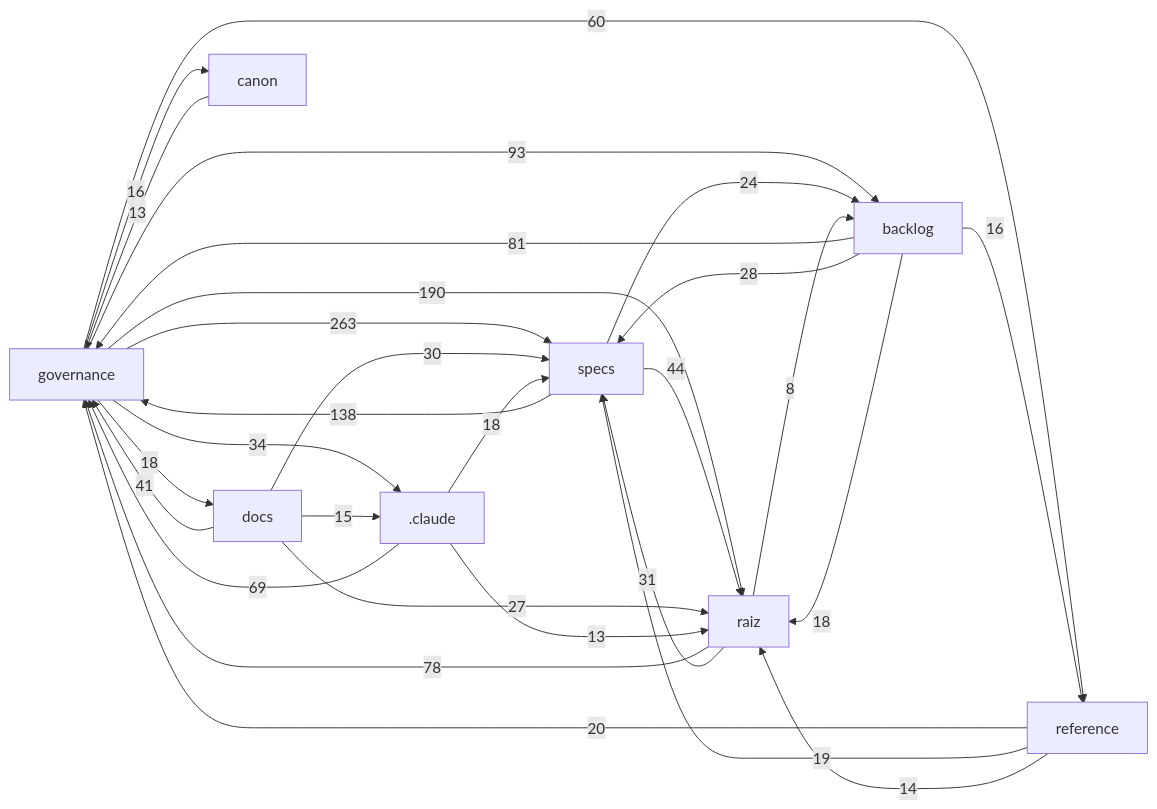
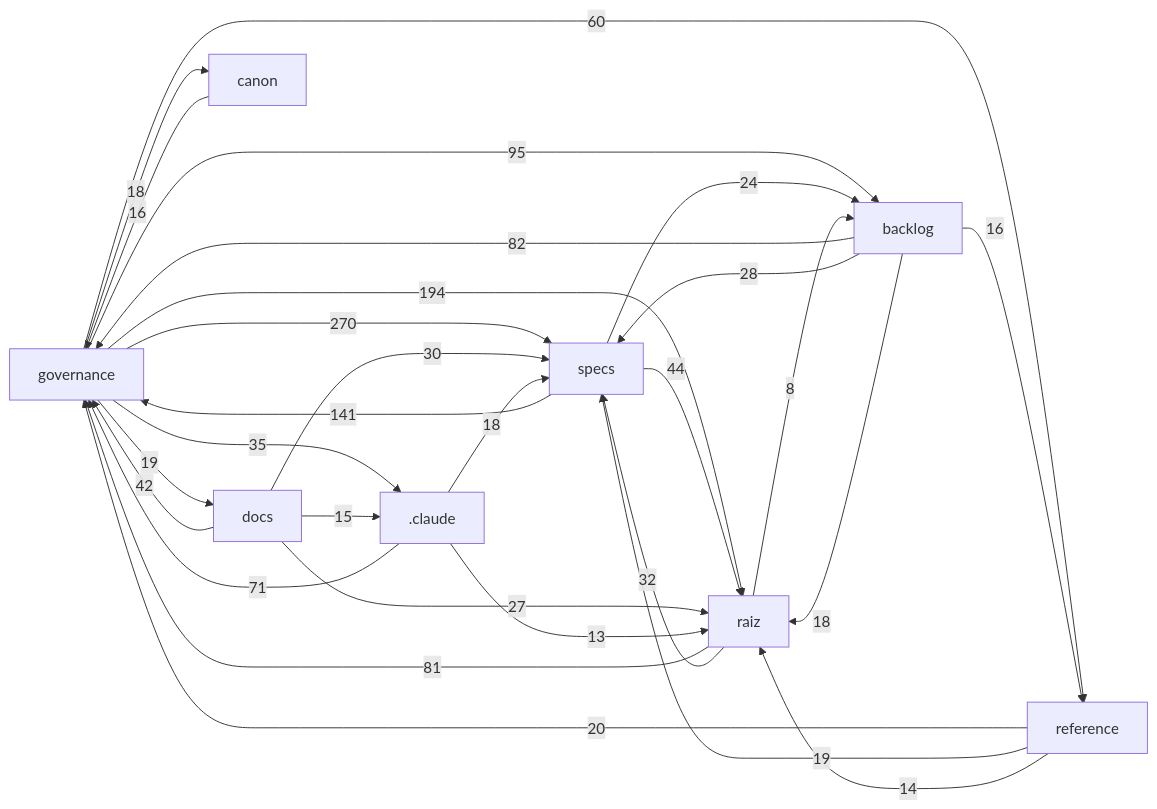
Before and after one commit to Andraus35/Sistema-Operacional-de-Trading--SOT: the diagram in docs/mapa/MAPA-PROJETO.md, drawn with Mermaid. The commit also changed other lines of this file and 15 other files, not shown here.

````diff
--- a/docs/mapa/MAPA-PROJETO.md
+++ b/docs/mapa/MAPA-PROJETO.md
@@ -30,31 +30,31 @@
 ```mermaid
 flowchart LR
-  governance["governance"] -->|263| specs["specs"]
-  governance["governance"] -->|190| raiz["raiz"]
-  specs["specs"] -->|138| governance["governance"]
-  governance["governance"] -->|93| backlog["backlog"]
-  backlog["backlog"] -->|81| governance["governance"]
-  raiz["raiz"] -->|78| governance["governance"]
-  _claude[".claude"] -->|69| governance["governance"]
+  governance["governance"] -->|270| specs["specs"]
+  governance["governance"] -->|194| raiz["raiz"]
+  specs["specs"] -->|141| governance["governance"]
+  governance["governance"] -->|95| backlog["backlog"]
+  backlog["backlog"] -->|82| governance["governance"]
+  raiz["raiz"] -->|81| governance["governance"]
+  _claude[".claude"] -->|71| governance["governance"]
   governance["governance"] -->|60| reference["reference"]
   specs["specs"] -->|44| raiz["raiz"]
-  docs["docs"] -->|41| governance["governance"]
-  governance["governance"] -->|34| _claude[".claude"]
-  raiz["raiz"] -->|31| specs["specs"]
+  docs["docs"] -->|42| governance["governance"]
+  governance["governance"] -->|35| _claude[".claude"]
+  raiz["raiz"] -->|32| specs["specs"]
   docs["docs"] -->|30| specs["specs"]
   backlog["backlog"] -->|28| specs["specs"]
   docs["docs"] -->|27| raiz["raiz"]
   specs["specs"] -->|24| backlog["backlog"]
   reference["reference"] -->|20| governance["governance"]
+  governance["governance"] -->|19| docs["docs"]
   reference["reference"] -->|19| specs["specs"]
   _claude[".claude"] -->|18| specs["specs"]
   backlog["backlog"] -->|18| raiz["raiz"]
-  governance["governance"] -->|18| docs["docs"]
+  governance["governance"] -->|18| canon["canon"]
   backlog["backlog"] -->|16| reference["reference"]
-  governance["governance"] -->|16| canon["canon"]
+  canon["canon"] -->|16| governance["governance"]
   docs["docs"] -->|15| _claude[".claude"]
   reference["reference"] -->|14| raiz["raiz"]
   _claude[".claude"] -->|13| raiz["raiz"]
-  canon["canon"] -->|13| governance["governance"]
   raiz["raiz"] -->|8| backlog["backlog"]
 ```
````
